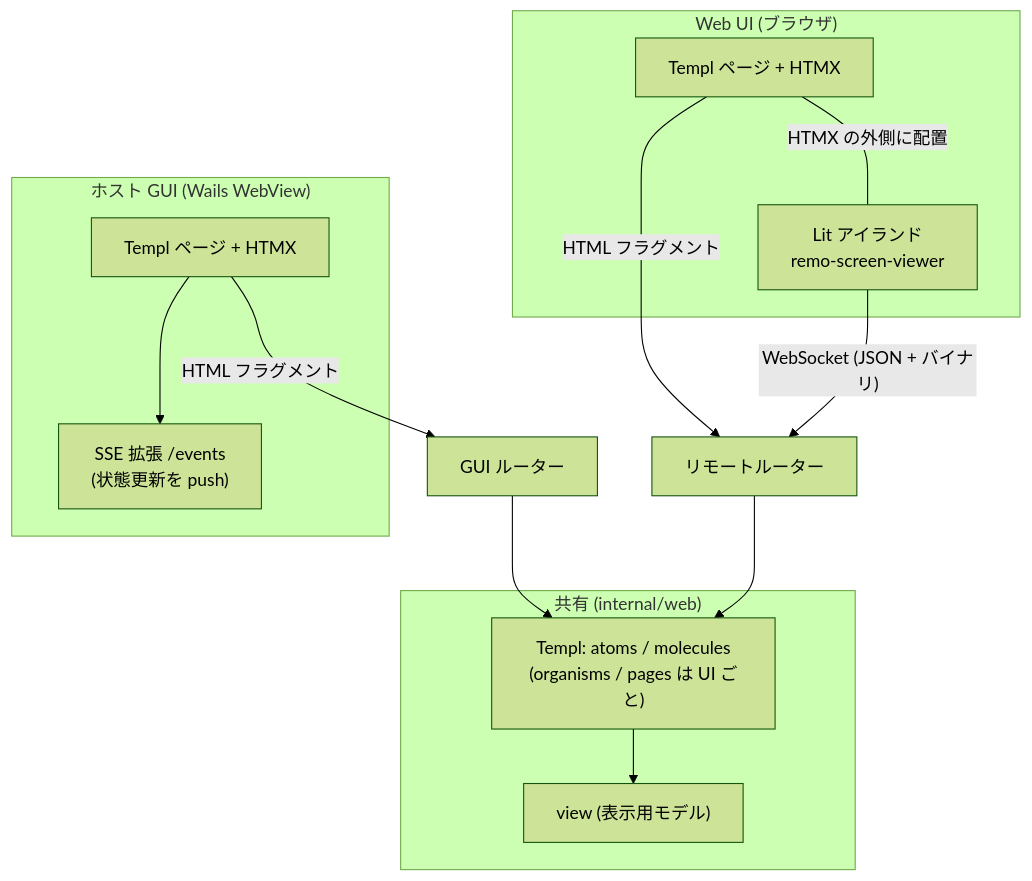
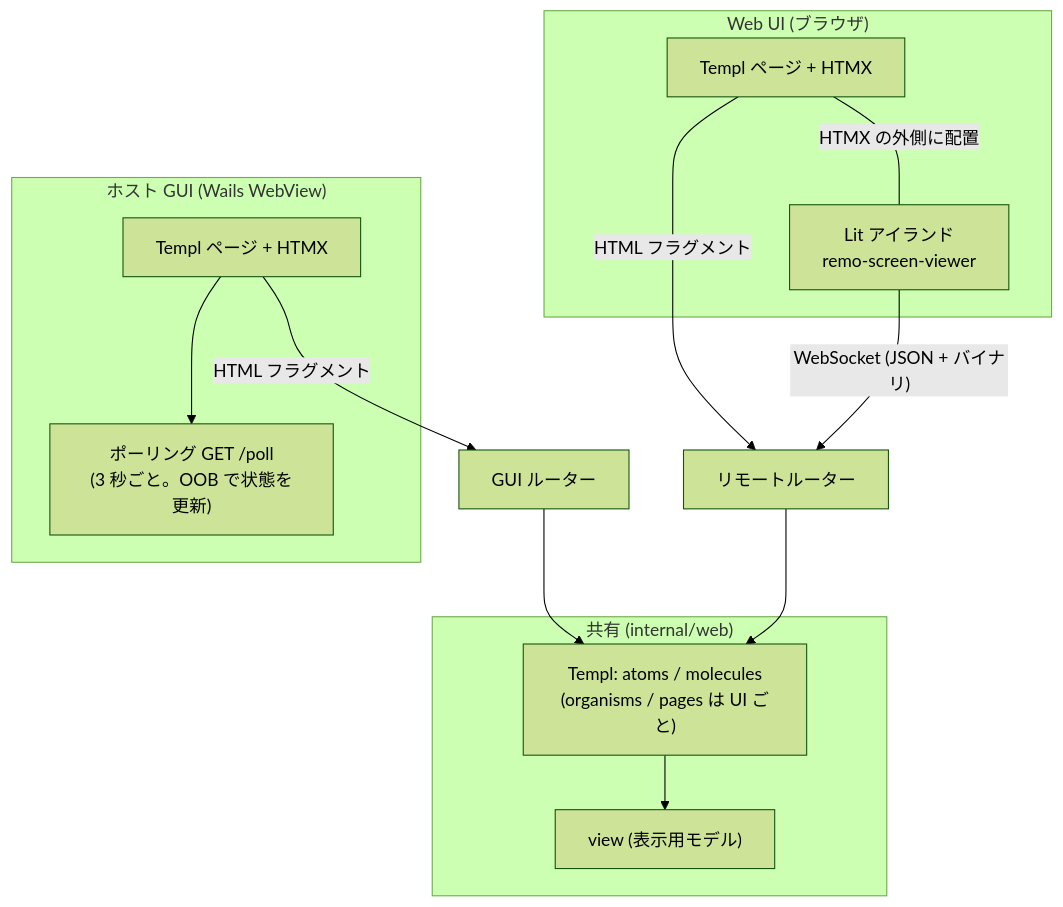
Before and after one commit to ousiassllc/puppet-remo: the first of 3 diagrams in docs/architecture/frontend.md, drawn with Mermaid (forest theme). The commit also changed other lines of this file and 28 other files, not shown here.

Commit message:
fix: ホスト GUI の更新を SSE から GET /poll のポーリング（OOB）に変更 (#12)

````diff
--- a/docs/architecture/frontend.md
+++ b/docs/architecture/frontend.md
@@ -40,23 +40,23 @@
 ```mermaid
 graph TD
     subgraph GUI["ホスト GUI (Wails WebView)"]
         GP["Templ ページ + HTMX"]
-        SSE["SSE 拡張 /events<br/>(状態更新を push)"]
+        SSE["ポーリング GET /poll<br/>(3 秒ごと。OOB で状態を更新)"]
     end
     subgraph WEB["Web UI (ブラウザ)"]
         WP["Templ ページ + HTMX"]
         LIT["Lit アイランド<br/>remo-screen-viewer"]
     end
     subgraph SH["共有 (internal/web)"]
         TPL["Templ: atoms / molecules<br/>(organisms / pages は UI ごと)"]
         VM["view (表示用モデル)"]
     end
     GP --> SSE
     GP -- "HTML フラグメント" --> GR["GUI ルーター"]
     WP -- "HTML フラグメント" --> RR["リモートルーター"]
     LIT -- "WebSocket (JSON + バイナリ)" --> RR
     WP -- "HTMX の外側に配置" --- LIT
     GR --> TPL
     RR --> TPL
     TPL --> VM
 ```
````
